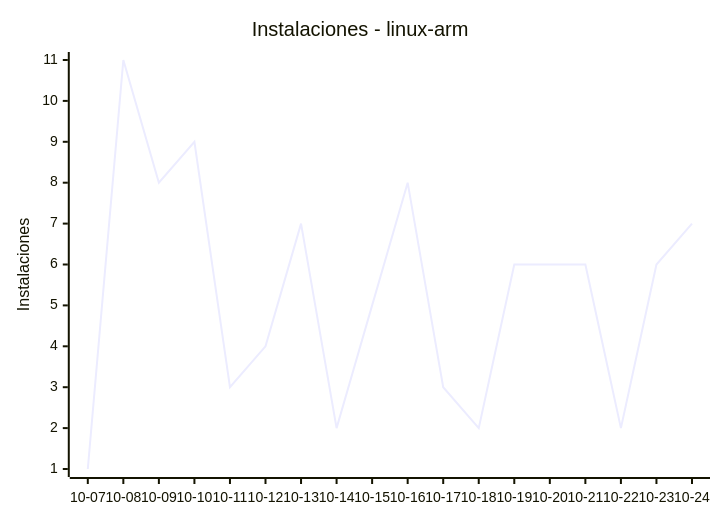
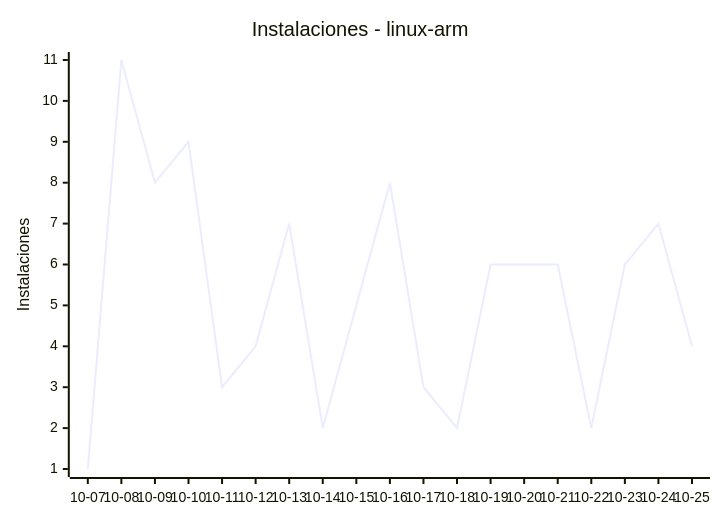
Before and after one commit to EmuDeck/stats: the sixth of 9 diagrams in README.md, drawn with Mermaid. The commit also changed other lines of this file and 2 other files, not shown here.

````diff
--- a/README.md
+++ b/README.md
@@ -68,7 +68,7 @@
 ```mermaid
 xychart-beta
     title "Instalaciones - linux-arm"
-    x-axis ["10-07", "10-08", "10-09", "10-10", "10-11", "10-12", "10-13", "10-14", "10-15", "10-16", "10-17", "10-18", "10-19", "10-20", "10-21", "10-22", "10-23", "10-24"]
+    x-axis ["10-07", "10-08", "10-09", "10-10", "10-11", "10-12", "10-13", "10-14", "10-15", "10-16", "10-17", "10-18", "10-19", "10-20", "10-21", "10-22", "10-23", "10-24", "10-25"]
     y-axis "Instalaciones"
-    line [1, 11, 8, 9, 3, 4, 7, 2, 5, 8, 3, 2, 6, 6, 6, 2, 6, 7]
+    line [1, 11, 8, 9, 3, 4, 7, 2, 5, 8, 3, 2, 6, 6, 6, 2, 6, 7, 4]
 ```
````
